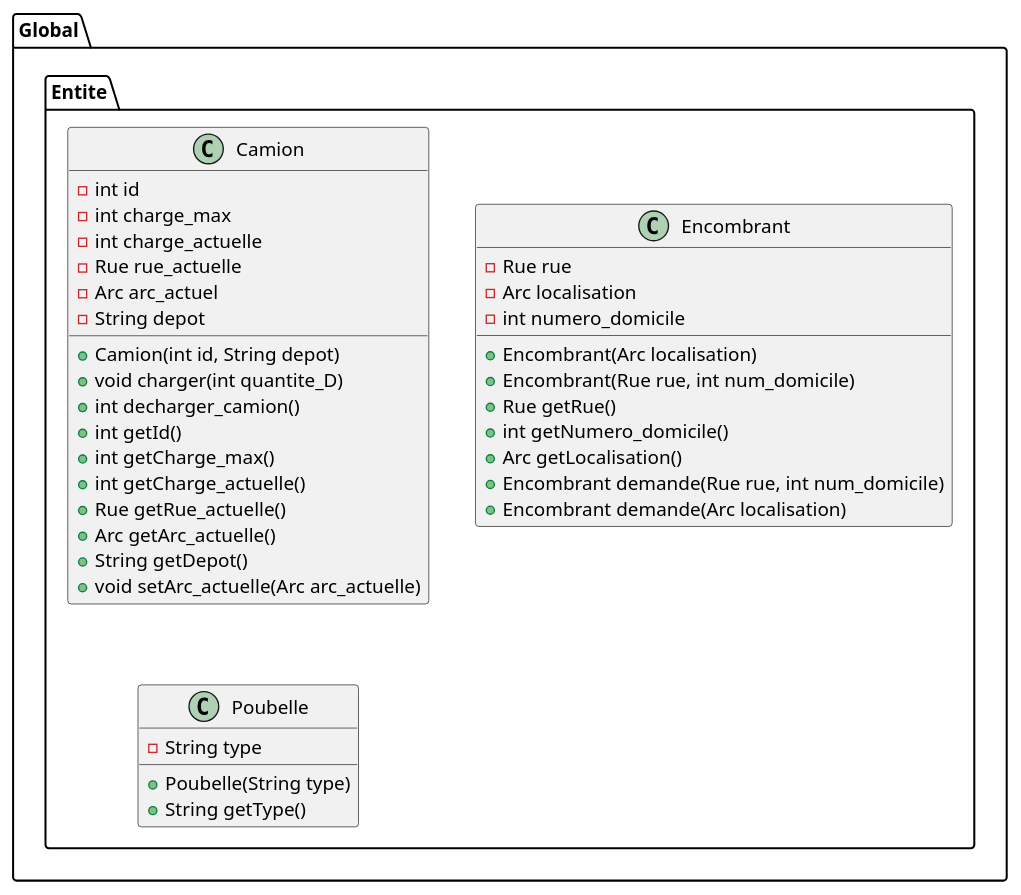
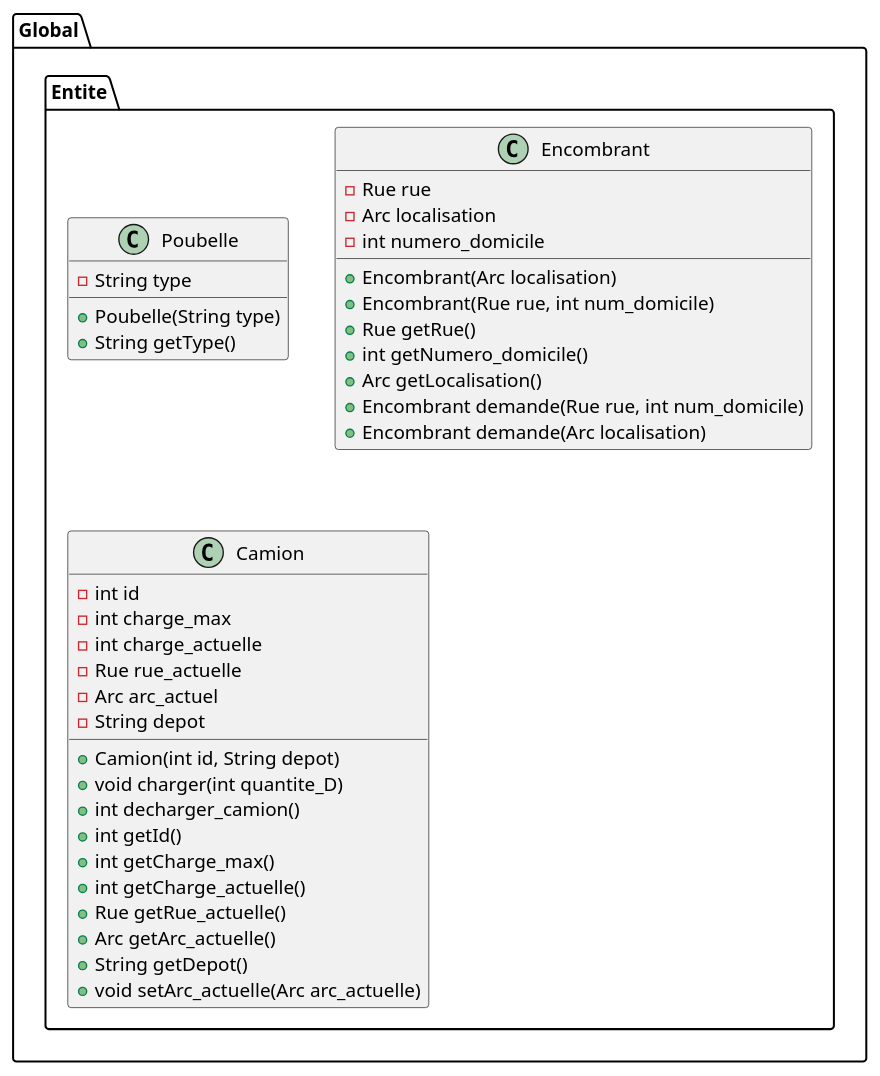
Before and after one commit to Foxye-11/Projet-Java-Gestion-des-Dechets: the diagram in src/Global/Entite/entite.puml, drawn with PlantUML. The commit also changed 6 other files, not shown here.

Commit message:
diagramme de CLASSE

```diff
--- a/src/Global/Entite/entite.puml
+++ b/src/Global/Entite/entite.puml
@@ -1,47 +1,46 @@
 @startuml
 package Global.Entite {
+
+    class Poubelle {
+        - String type
+
+        + Poubelle(String type)
+        + String getType()
+    }
+
+    class Encombrant {
+        - Rue rue
+        - Arc localisation
+        - int numero_domicile
+
+        + Encombrant(Arc localisation)
+        + Encombrant(Rue rue, int num_domicile)
+        + Rue getRue()
+        + int getNumero_domicile()
+        + Arc getLocalisation()
+        + Encombrant demande(Rue rue, int num_domicile)
+        + Encombrant demande(Arc localisation)
+    }
 
     class Camion {
         - int id
         - int charge_max
         - int charge_actuelle
         - Rue rue_actuelle
         - Arc arc_actuel
         - String depot
 
         + Camion(int id, String depot)
         + void charger(int quantite_D)
         + int decharger_camion()
         + int getId()
         + int getCharge_max()
         + int getCharge_actuelle()
         + Rue getRue_actuelle()
         + Arc getArc_actuelle()
         + String getDepot()
         + void setArc_actuelle(Arc arc_actuelle)
     }
 
-    class Encombrant {
-        - Rue rue
-        - Arc localisation
-        - int numero_domicile
-
-        + Encombrant(Arc localisation)
-        + Encombrant(Rue rue, int num_domicile)
-        + Rue getRue()
-        + int getNumero_domicile()
-        + Arc getLocalisation()
-        + Encombrant demande(Rue rue, int num_domicile)
-        + Encombrant demande(Arc localisation)
-    }
-
-    class Poubelle {
-        - String type
-
-        + Poubelle(String type)
-        + String getType()
-    }
-
-
 }
 @enduml
```
